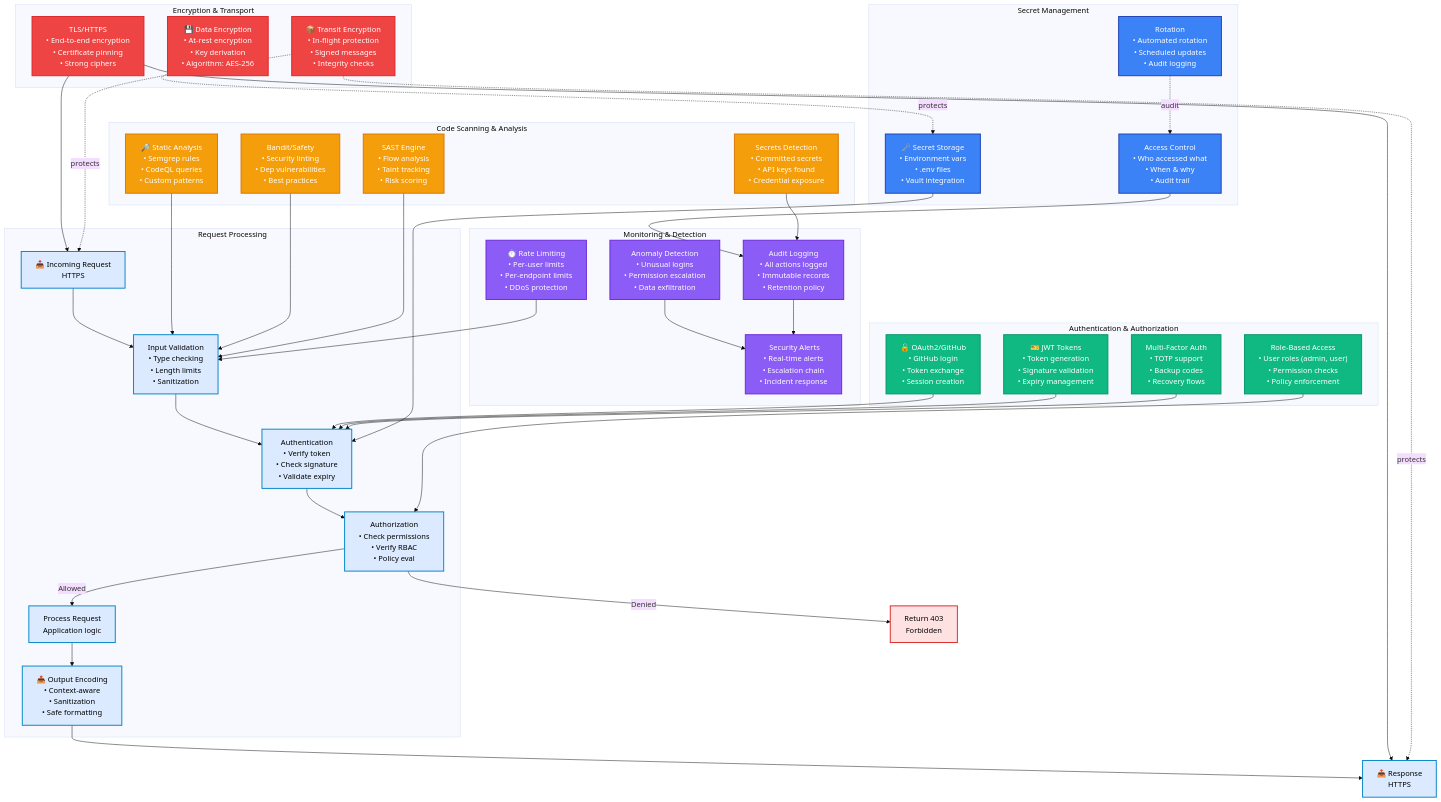
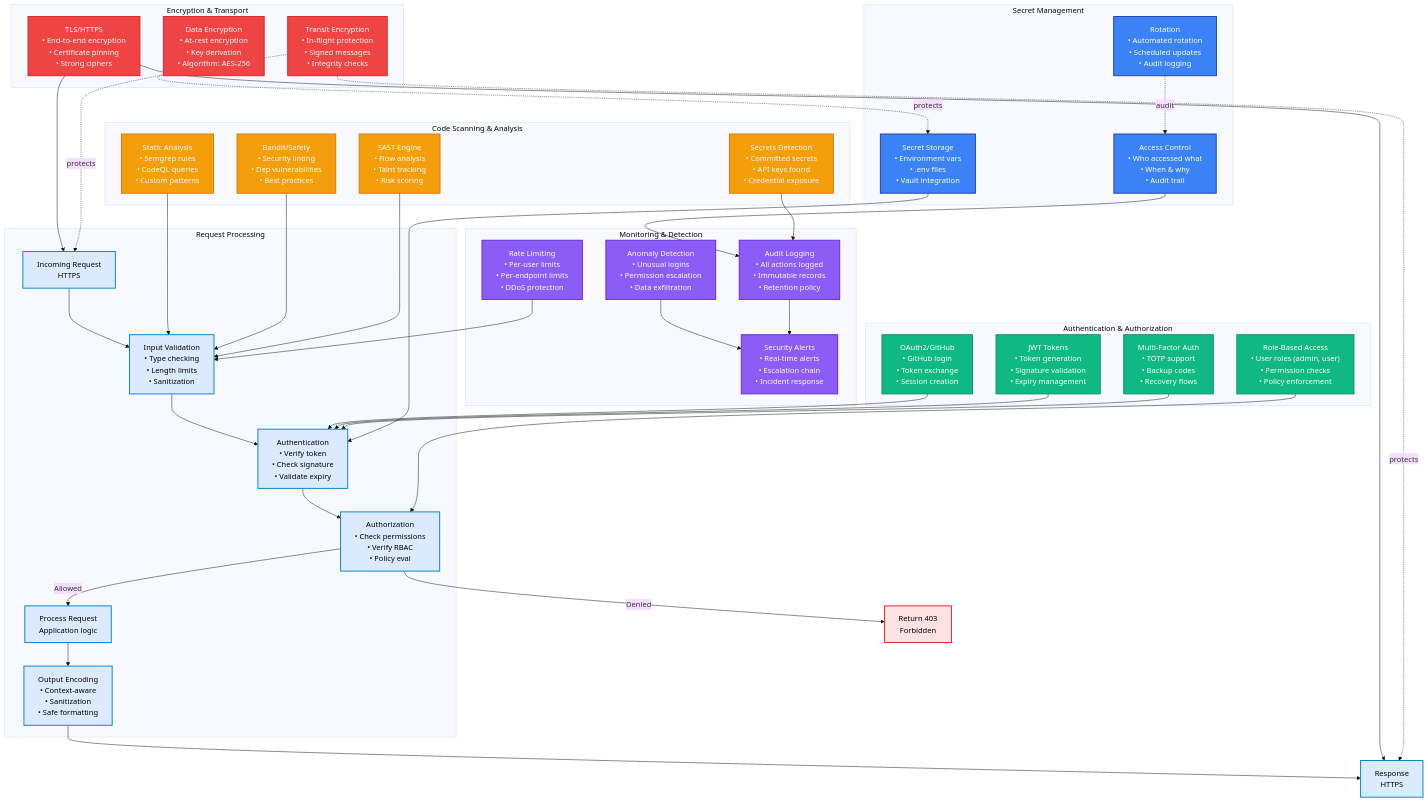
Before and after one commit to Aries-Serpent/_codex_: the first of 2 diagrams in docs/security/SECURITY_ARCHITECTURE.md, drawn with Mermaid. The commit also changed other lines of this file and 4117 other files, not shown here.

````diff
--- a/docs/security/SECURITY_ARCHITECTURE.md
+++ b/docs/security/SECURITY_ARCHITECTURE.md
@@ -14,112 +14,129 @@
 ```mermaid
 %%{init: {'accessibility': {'title': 'Security Architecture<br/>Authentication + Authorization + Scanning + Encryption'}, 'theme': 'base'}}%%
+
 graph TB
-    subgraph "Authentication & Authorization"
-        OAuth["🔓 OAuth2/GitHub<br/>• GitHub login<br/>• Token exchange<br/>• Session creation"]
-        JWT["🎫 JWT Tokens<br/>• Token generation<br/>• Signature validation<br/>• Expiry management"]
-        MFA[" Multi-Factor Auth<br/>• TOTP support<br/>• Backup codes<br/>• Recovery flows"]
-        RBAC[" Role-Based Access<br/>• User roles (admin, user)<br/>• Permission checks<br/>• Policy enforcement"]
-    end
+ subgraph "Authentication & Authorization"
+ OAuth[" OAuth2/GitHub<br/>• GitHub login<br/>• Token exchange<br/>• Session creation"]
+ JWT[" JWT Tokens<br/>• Token generation<br/>• Signature validation<br/>• Expiry management"]
+ MFA[" Multi-Factor Auth<br/>• TOTP support<br/>• Backup codes<br/>• Recovery flows"]
+ RBAC[" Role-Based Access<br/>• User roles (admin, user)<br/>• Permission checks<br/>• Policy enforcement"]
+ end
 
-    subgraph "Secret Management"
-        SecStore["🗝️ Secret Storage<br/>• Environment vars<br/>• .env files<br/>• Vault integration"]
-        SecRotate[" Rotation<br/>• Automated rotation<br/>• Scheduled updates<br/>• Audit logging"]
-        SecAccess[" Access Control<br/>• Who accessed what<br/>• When & why<br/>• Audit trail"]
-    end
+ subgraph "Secret Management"
+ SecStore[" Secret Storage<br/>• Environment vars<br/>• .env files<br/>• Vault integration"]
+ SecRotate[" Rotation<br/>• Automated rotation<br/>• Scheduled updates<br/>• Audit logging"]
+ SecAccess[" Access Control<br/>• Who accessed what<br/>• When & why<br/>• Audit trail"]
+ end
 
-    subgraph "Code Scanning & Analysis"
-        Static["🔎 Static Analysis<br/>• Semgrep rules<br/>• CodeQL queries<br/>• Custom patterns"]
-        Bandit[" Bandit/Safety<br/>• Security linting<br/>• Dep vulnerabilities<br/>• Best practices"]
-        SAST[" SAST Engine<br/>• Flow analysis<br/>• Taint tracking<br/>• Risk scoring"]
-        Secrets[" Secrets Detection<br/>• Committed secrets<br/>• API keys found<br/>• Credential exposure"]
-    end
+ subgraph "Code Scanning & Analysis"
+ Static[" Static Analysis<br/>• Semgrep rules<br/>• CodeQL queries<br/>• Custom patterns"]
+ Bandit[" Bandit/Safety<br/>• Security linting<br/>• Dep vulnerabilities<br/>• Best practices"]
+ SAST[" SAST Engine<br/>• Flow analysis<br/>• Taint tracking<br/>• Risk scoring"]
+ Secrets[" Secrets Detection<br/>• Committed secrets<br/>• API keys found<br/>• Credential exposure"]
+ end
 
-    subgraph "Encryption & Transport"
-        TLS[" TLS/HTTPS<br/>• End-to-end encryption<br/>• Certificate pinning<br/>• Strong ciphers"]
-        DataEnc["💾 Data Encryption<br/>• At-rest encryption<br/>• Key derivation<br/>• Algorithm: AES-256"]
-        Transit["📦 Transit Encryption<br/>• In-flight protection<br/>• Signed messages<br/>• Integrity checks"]
-    end
+ subgraph "Encryption & Transport"
+ TLS[" TLS/HTTPS<br/>• End-to-end encryption<br/>• Certificate pinning<br/>• Strong ciphers"]
+ DataEnc[" Data Encryption<br/>• At-rest encryption<br/>• Key derivation<br/>• Algorithm: AES-256"]
+ Transit[" Transit Encryption<br/>• In-flight protection<br/>• Signed messages<br/>• Integrity checks"]
+ end
 
-    subgraph "Monitoring & Detection"
-        AnomalyDetect[" Anomaly Detection<br/>• Unusual logins<br/>• Permission escalation<br/>• Data exfiltration"]
-        RateLimit["⏱️ Rate Limiting<br/>• Per-user limits<br/>• Per-endpoint limits<br/>• DDoS protection"]
-        AuditLog[" Audit Logging<br/>• All actions logged<br/>• Immutable records<br/>• Retention policy"]
-        Alerts["️ Security Alerts<br/>• Real-time alerts<br/>• Escalation chain<br/>• Incident response"]
-    end
+ subgraph "Monitoring & Detection"
+ AnomalyDetect[" Anomaly Detection<br/>• Unusual logins<br/>• Permission escalation<br/>• Data exfiltration"]
+ RateLimit[" Rate Limiting<br/>• Per-user limits<br/>• Per-endpoint limits<br/>• DDoS protection"]
+ AuditLog[" Audit Logging<br/>• All actions logged<br/>• Immutable records<br/>• Retention policy"]
+ Alerts[" Security Alerts<br/>• Real-time alerts<br/>• Escalation chain<br/>• Incident response"]
+ end
 
-    subgraph "Request Processing"
-        Incoming["📥 Incoming Request<br/>HTTPS"]
-        Input[" Input Validation<br/>• Type checking<br/>• Length limits<br/>• Sanitization"]
-        Auth[" Authentication<br/>• Verify token<br/>• Check signature<br/>• Validate expiry"]
-        AuthZ[" Authorization<br/>• Check permissions<br/>• Verify RBAC<br/>• Policy eval"]
-        Process[" Process Request<br/>Application logic"]
-        Output["📤 Output Encoding<br/>• Context-aware<br/>• Sanitization<br/>• Safe formatting"]
-    end
+ subgraph "Request Processing"
+ Incoming[" Incoming Request<br/>HTTPS"]
+ Input[" Input Validation<br/>• Type checking<br/>• Length limits<br/>• Sanitization"]
+ Auth[" Authentication<br/>• Verify token<br/>• Check signature<br/>• Validate expiry"]
+ AuthZ[" Authorization<br/>• Check permissions<br/>• Verify RBAC<br/>• Policy eval"]
+ Process[" Process Request<br/>Application logic"]
+ Output[" Output Encoding<br/>• Context-aware<br/>• Sanitization<br/>• Safe formatting"]
+ end
 
-    %% Request flow
-    Incoming --> Input
-    Input --> Auth
-    Auth --> AuthZ
-    AuthZ -->|" Allowed"| Process
-    AuthZ -->|" Denied"| Denied["Return 403<br/>Forbidden"]
-    Process --> Output
-    Output --> Response["📥 Response<br/>HTTPS"]
+ %% Request flow
+ Incoming --> Input
 
-    %% Security checks feeding into request processing
-    OAuth --> Auth
-    JWT --> Auth
-    MFA --> Auth
-    RBAC --> AuthZ
+ Input --> Auth
 
-    SecStore --> Auth
-    SecRotate -.audit.-> SecAccess
-    SecAccess --> AuditLog
+ Auth --> AuthZ
 
-    Static --> Input
-    Bandit --> Input
-    SAST --> Input
-    Secrets --> AuditLog
+ AuthZ -->|" Allowed"| Process
 
-    TLS --> Incoming
-    TLS --> Response
-    DataEnc -.protects.-> SecStore
-    Transit -.protects.-> Incoming
-    Transit -.protects.-> Response
+ AuthZ -->|" Denied"| Denied["Return 403<br/>Forbidden"]
 
-    AnomalyDetect --> Alerts
-    RateLimit --> Input
-    AuditLog --> Alerts
+ Process --> Output
 
-    %% Styling
-    style OAuth fill:#10b981,stroke:#059669,stroke-width:2px,color:#fff
-    style JWT fill:#10b981,stroke:#059669,stroke-width:2px,color:#fff
-    style MFA fill:#10b981,stroke:#059669,stroke-width:2px,color:#fff
-    style RBAC fill:#10b981,stroke:#059669,stroke-width:2px,color:#fff
+ Output --> Response[" Response<br/>HTTPS"]
 
-    style SecStore fill:#3b82f6,stroke:#1e40af,stroke-width:2px,color:#fff
-    style SecRotate fill:#3b82f6,stroke:#1e40af,stroke-width:2px,color:#fff
-    style SecAccess fill:#3b82f6,stroke:#1e40af,stroke-width:2px,color:#fff
+ %% Security checks feeding into request processing
+ OAuth --> Auth
 
-    style Static fill:#f59e0b,stroke:#d97706,stroke-width:2px,color:#fff
-    style Bandit fill:#f59e0b,stroke:#d97706,stroke-width:2px,color:#fff
-    style SAST fill:#f59e0b,stroke:#d97706,stroke-width:2px,color:#fff
-    style Secrets fill:#f59e0b,stroke:#d97706,stroke-width:2px,color:#fff
+ JWT --> Auth
 
-    style TLS fill:#ef4444,stroke:#dc2626,stroke-width:2px,color:#fff
-    style DataEnc fill:#ef4444,stroke:#dc2626,stroke-width:2px,color:#fff
-    style Transit fill:#ef4444,stroke:#dc2626,stroke-width:2px,color:#fff
+ MFA --> Auth
 
-    style AnomalyDetect fill:#8b5cf6,stroke:#6d28d9,stroke-width:2px,color:#fff
-    style RateLimit fill:#8b5cf6,stroke:#6d28d9,stroke-width:2px,color:#fff
-    style AuditLog fill:#8b5cf6,stroke:#6d28d9,stroke-width:2px,color:#fff
-    style Alerts fill:#8b5cf6,stroke:#6d28d9,stroke-width:2px,color:#fff
+ RBAC --> AuthZ
 
-    style Incoming fill:#dbeafe,stroke:#0284c7,stroke-width:2px,color:#000
-    style Input fill:#dbeafe,stroke:#0284c7,stroke-width:2px,color:#000
-    style Auth fill:#dbeafe,stroke:#0284c7,stroke-width:2px,color:#000
-    style AuthZ fill:#dbeafe,stroke:#0284c7,stroke-width:2px,color:#000
-    style Process fill:#dbeafe,stroke:#0284c7,stroke-width:2px,color:#000
-    style Output fill:#dbeafe,stroke:#0284c7,stroke-width:2px,color:#000
-    style Response fill:#dbeafe,stroke:#0284c7,stroke-width:2px,color:#000
-    style Denied fill:#fee2e2,stroke:#dc2626,stroke-width:2px,color:#000
+ SecStore --> Auth
+ SecRotate -.audit.-> SecAccess
+
+ SecAccess --> AuditLog
+
+ Static --> Input
+
+ Bandit --> Input
+
+ SAST --> Input
+
+ Secrets --> AuditLog
+
+ TLS --> Incoming
+
+ TLS --> Response
+ DataEnc -.protects.-> SecStore
+ Transit -.protects.-> Incoming
+ Transit -.protects.-> Response
+
+ AnomalyDetect --> Alerts
+
+ RateLimit --> Input
+
+ AuditLog --> Alerts
+
+ %% Styling
+ style OAuth fill:#10b981,stroke:#059669,stroke-width:2px,color:#fff
+ style JWT fill:#10b981,stroke:#059669,stroke-width:2px,color:#fff
+ style MFA fill:#10b981,stroke:#059669,stroke-width:2px,color:#fff
+ style RBAC fill:#10b981,stroke:#059669,stroke-width:2px,color:#fff
+
+ style SecStore fill:#3b82f6,stroke:#1e40af,stroke-width:2px,color:#fff
+ style SecRotate fill:#3b82f6,stroke:#1e40af,stroke-width:2px,color:#fff
+ style SecAccess fill:#3b82f6,stroke:#1e40af,stroke-width:2px,color:#fff
+
+ style Static fill:#f59e0b,stroke:#d97706,stroke-width:2px,color:#fff
+ style Bandit fill:#f59e0b,stroke:#d97706,stroke-width:2px,color:#fff
+ style SAST fill:#f59e0b,stroke:#d97706,stroke-width:2px,color:#fff
+ style Secrets fill:#f59e0b,stroke:#d97706,stroke-width:2px,color:#fff
+
+ style TLS fill:#ef4444,stroke:#dc2626,stroke-width:2px,color:#fff
+ style DataEnc fill:#ef4444,stroke:#dc2626,stroke-width:2px,color:#fff
+ style Transit fill:#ef4444,stroke:#dc2626,stroke-width:2px,color:#fff
+
+ style AnomalyDetect fill:#8b5cf6,stroke:#6d28d9,stroke-width:2px,color:#fff
+ style RateLimit fill:#8b5cf6,stroke:#6d28d9,stroke-width:2px,color:#fff
+ style AuditLog fill:#8b5cf6,stroke:#6d28d9,stroke-width:2px,color:#fff
+ style Alerts fill:#8b5cf6,stroke:#6d28d9,stroke-width:2px,color:#fff
+
+ style Incoming fill:#dbeafe,stroke:#0284c7,stroke-width:2px,color:#000
+ style Input fill:#dbeafe,stroke:#0284c7,stroke-width:2px,color:#000
+ style Auth fill:#dbeafe,stroke:#0284c7,stroke-width:2px,color:#000
+ style AuthZ fill:#dbeafe,stroke:#0284c7,stroke-width:2px,color:#000
+ style Process fill:#dbeafe,stroke:#0284c7,stroke-width:2px,color:#000
+ style Output fill:#dbeafe,stroke:#0284c7,stroke-width:2px,color:#000
+ style Response fill:#dbeafe,stroke:#0284c7,stroke-width:2px,color:#000
+ style Denied fill:#fee2e2,stroke:#dc2626,stroke-width:2px,color:#000
 ```
````
